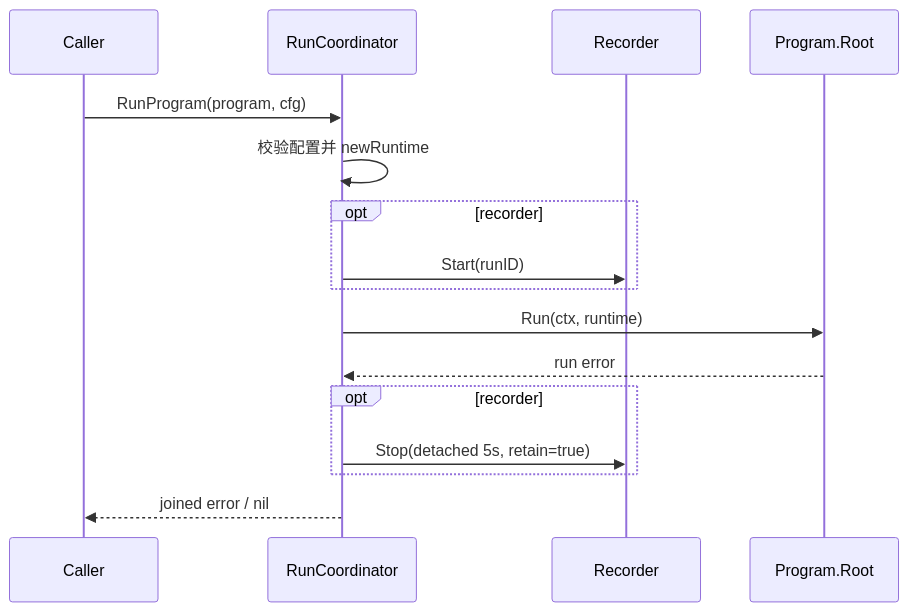
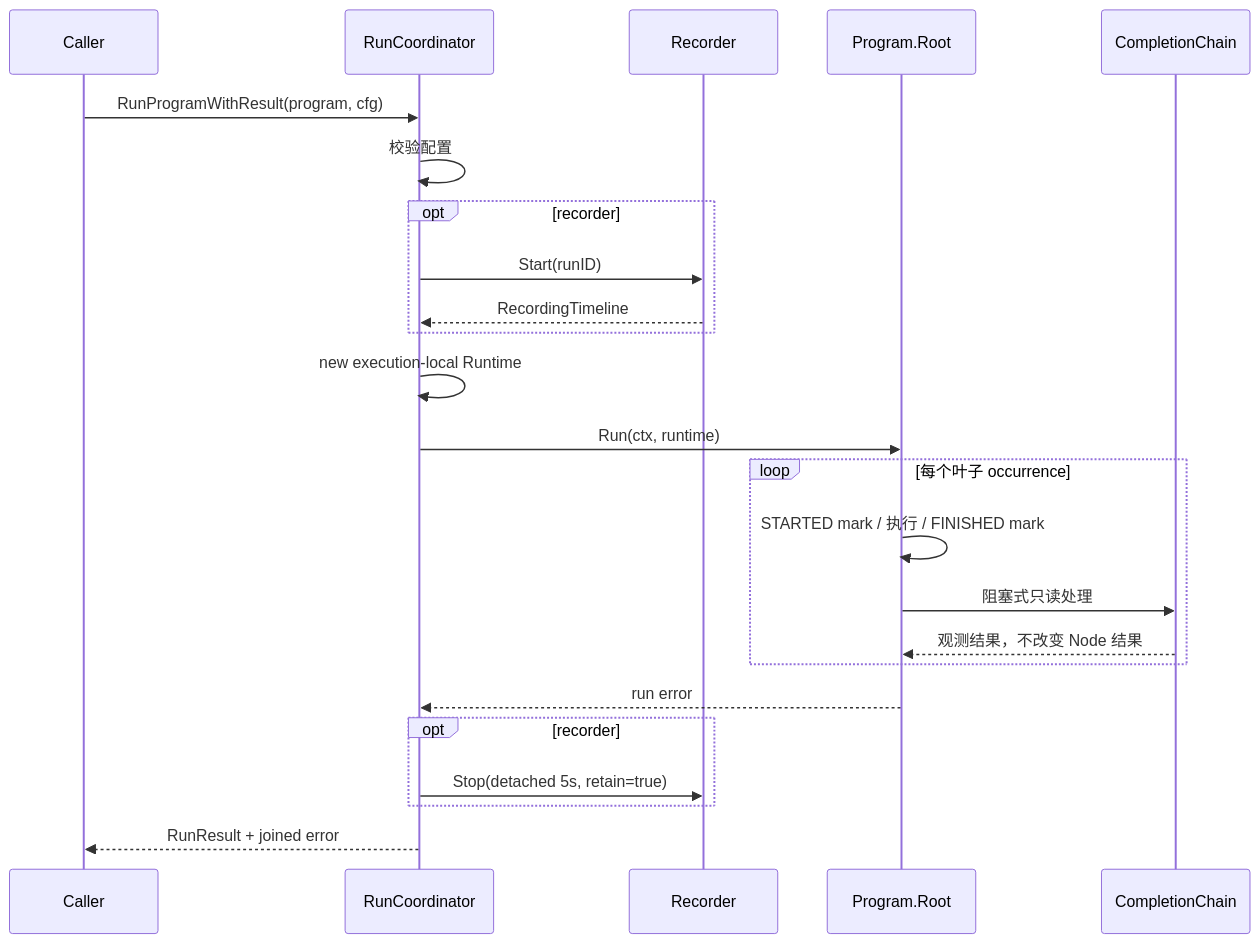
One commit to Capsule7446/healix-core changed the diagram in docs/application/engine/run-program.md. Above: the diagram before and after it, drawn with Mermaid. The commit also changed other lines of this file and 15 other files, not shown here.

````diff
--- a/docs/application/engine/run-program.md
+++ b/docs/application/engine/run-program.md
@@ -19,18 +35,26 @@
 ```mermaid
 sequenceDiagram
     participant Caller
     participant C as RunCoordinator
     participant Recorder
     participant Root as Program.Root
-    Caller->>C: RunProgram(program, cfg)
-    C->>C: 校验配置并 newRuntime
+    participant Chain as CompletionChain
+    Caller->>C: RunProgramWithResult(program, cfg)
+    C->>C: 校验配置
     opt recorder
       C->>Recorder: Start(runID)
+      Recorder-->>C: RecordingTimeline
     end
+    C->>C: new execution-local Runtime
     C->>Root: Run(ctx, runtime)
+    loop 每个叶子 occurrence
+      Root->>Root: STARTED mark / 执行 / FINISHED mark
+      Root->>Chain: 阻塞式只读处理
+      Chain-->>Root: 观测结果，不改变 Node 结果
+    end
     Root-->>C: run error
     opt recorder
       C->>Recorder: Stop(detached 5s, retain=true)
     end
-    C-->>Caller: joined error / nil
+    C-->>Caller: RunResult + joined error
 ```
````
